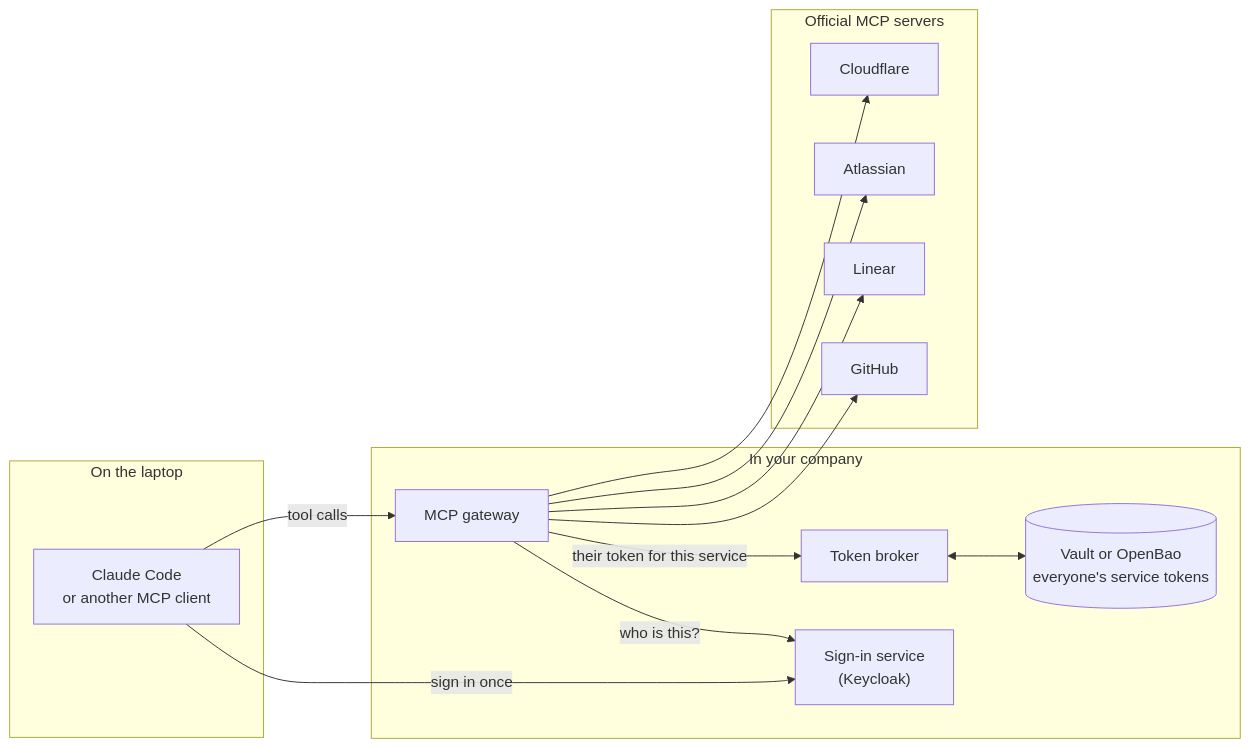
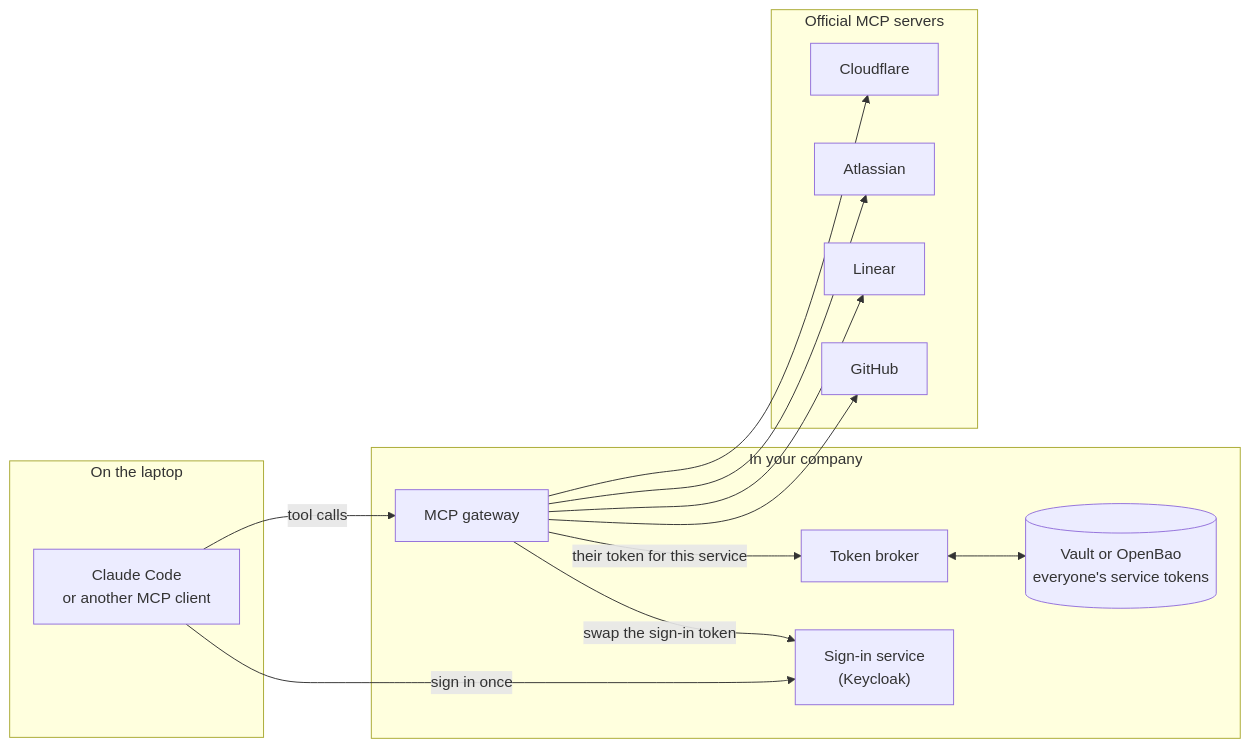
One commit to chief-builder/vendor-token-broker changed the first of 5 diagrams in docs/overview.md. Above: the diagram before and after it, drawn with Mermaid. The commit also changed other lines of this file and 15 other files, not shown here.

````diff
--- a/docs/overview.md
+++ b/docs/overview.md
@@ -16,27 +16,27 @@
 ```mermaid
 flowchart LR
     subgraph laptop["On the laptop"]
         C["Claude Code<br/>or another MCP client"]
     end
     subgraph company["In your company"]
         H["Sign-in service<br/>(Keycloak)"]
         G["MCP gateway"]
         B["Token broker"]
         V[("Vault or OpenBao<br/>everyone's service tokens")]
     end
     subgraph services["Official MCP servers"]
         GH["GitHub"]
         LN["Linear"]
         AT["Atlassian"]
         CF["Cloudflare"]
     end
     C -->|"sign in once"| H
     C -->|"tool calls"| G
-    G -->|"who is this?"| H
+    G -->|"swap the sign-in token"| H
     G -->|"their token for this service"| B
     B <--> V
     G --> GH
     G --> LN
     G --> AT
     G --> CF
 ```
````
